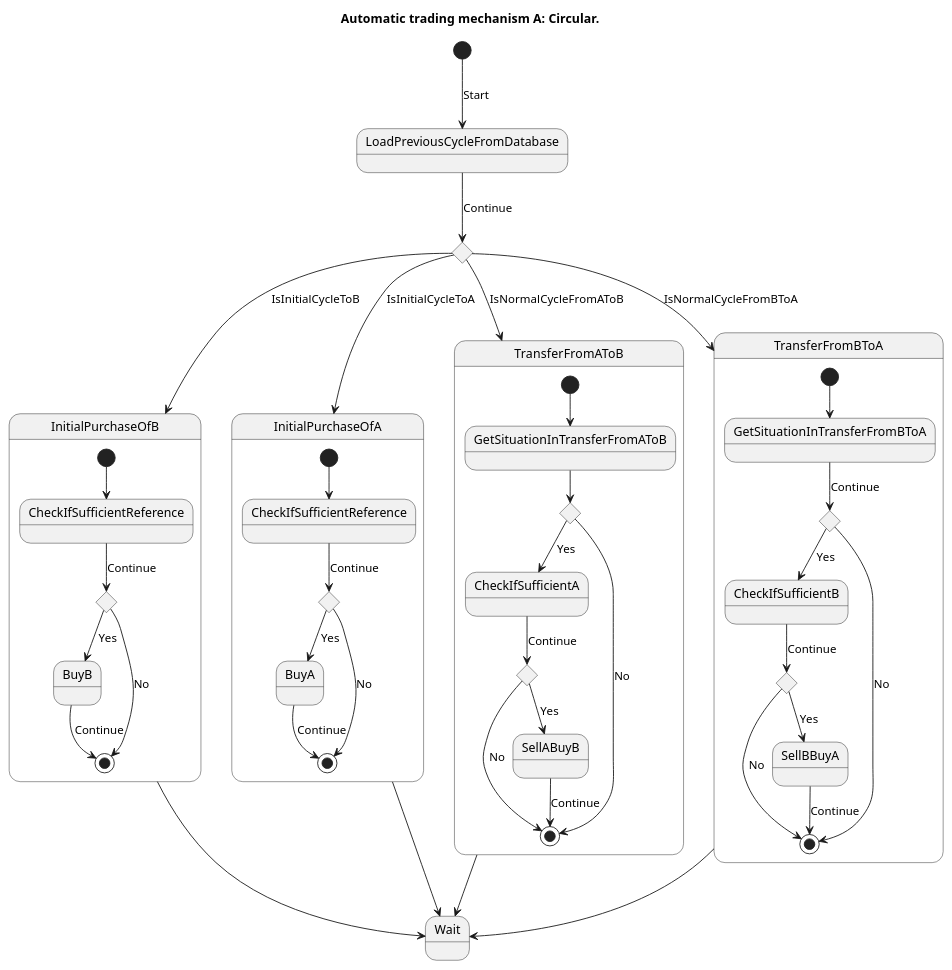
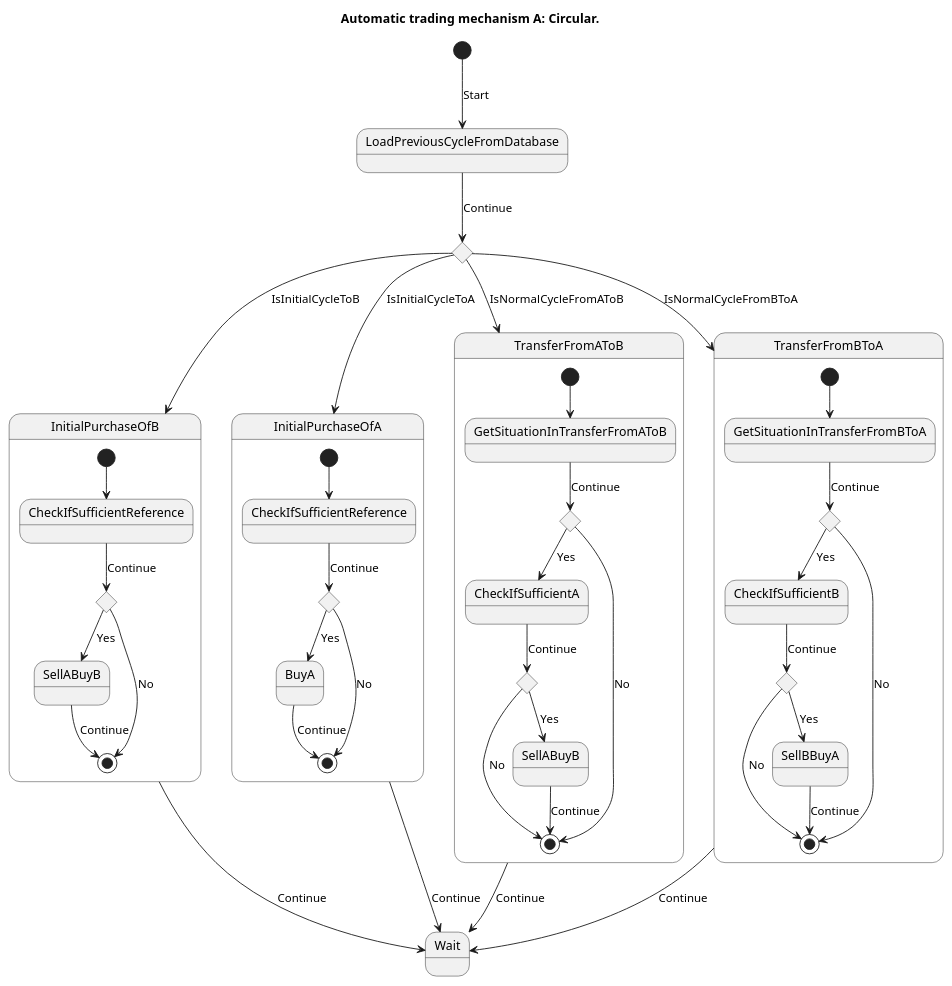
Before and after one commit to vrenken/EtAlii.CryptoMagic: the diagram in EtAlii.BinanceMagic.Service/Trading/Circular/Algorithm/CircularSequence.puml, drawn with PlantUML. The commit also changed 12 other files, not shown here.

```diff
--- a/EtAlii.BinanceMagic.Service/Trading/Circular/Algorithm/CircularSequence.puml
+++ b/EtAlii.BinanceMagic.Service/Trading/Circular/Algorithm/CircularSequence.puml
@@ -1,70 +1,71 @@
 @startuml
 'stateless namespace EtAlii.BinanceMagic.Service
 'stateless class CircularSequenceBase
 
 title Automatic trading mechanism A: Circular.
 
 state CheckWhatCycle <<choice>>
 
 state InitialPurchaseOfB {
-    state "BuyB" as BuyBInInitialCycle
+    state "SellABuyB" as SellABuyBInInitialCycle
     state "CheckIfSufficientReference" as CheckIfSufficientReferenceInInitialPurchaseOfB
     state "HasSufficientReference" as HasSufficientReferenceInInitialPurchaseOfB <<choice>>
     [*] --> CheckIfSufficientReferenceInInitialPurchaseOfB
     CheckIfSufficientReferenceInInitialPurchaseOfB --> HasSufficientReferenceInInitialPurchaseOfB : Continue
-    HasSufficientReferenceInInitialPurchaseOfB --> BuyBInInitialCycle : Yes
+    HasSufficientReferenceInInitialPurchaseOfB --> SellABuyBInInitialCycle : Yes
     HasSufficientReferenceInInitialPurchaseOfB --> [*] : No 
-    BuyBInInitialCycle --> [*] : Continue
+    SellABuyBInInitialCycle --> [*] : Continue
 }
 
 state InitialPurchaseOfA {
     state "BuyA" as BuyAInInitialCycle
     state "CheckIfSufficientReference" as CheckIfSufficientReferenceInInitialPurchaseOfA
     state "HasSufficientReference" as HasSufficientReferenceInInitialPurchaseOfA <<choice>>
     [*] --> CheckIfSufficientReferenceInInitialPurchaseOfA
     CheckIfSufficientReferenceInInitialPurchaseOfA --> HasSufficientReferenceInInitialPurchaseOfA : Continue
     HasSufficientReferenceInInitialPurchaseOfA --> BuyAInInitialCycle : Yes      
     HasSufficientReferenceInInitialPurchaseOfA --> [*] : No      
     BuyAInInitialCycle --> [*] : Continue
 }
 
+
 state TransferFromAToB {
     [*] --> GetSituationInTransferFromAToB
     state TransferFromAToBIsWorthIt <<choice>>
     state HasSufficientA <<choice>>
-    GetSituationInTransferFromAToB --> TransferFromAToBIsWorthIt 
+    GetSituationInTransferFromAToB --> TransferFromAToBIsWorthIt : Continue 
 
     TransferFromAToBIsWorthIt --> CheckIfSufficientA : Yes
     TransferFromAToBIsWorthIt --> [*] : No
     CheckIfSufficientA --> HasSufficientA : Continue
     HasSufficientA --> [*] : No
     HasSufficientA --> SellABuyB : Yes 
     SellABuyB --> [*] : Continue
 }
 state TransferFromBToA {
     [*] --> GetSituationInTransferFromBToA
     state TransferFromBToAIsWorthIt <<choice>>
     state HasSufficientB <<choice>>
     GetSituationInTransferFromBToA --> TransferFromBToAIsWorthIt : Continue
     TransferFromBToAIsWorthIt --> CheckIfSufficientB : Yes
     TransferFromBToAIsWorthIt --> [*] : No
     CheckIfSufficientB --> HasSufficientB : Continue
     HasSufficientB --> [*] : No
     HasSufficientB --> SellBBuyA : Yes 
     SellBBuyA --> [*] : Continue
 }
 
 [*] --> LoadPreviousCycleFromDatabase : Start
 LoadPreviousCycleFromDatabase --> CheckWhatCycle : Continue
 
 CheckWhatCycle --> InitialPurchaseOfA : IsInitialCycleToA
 CheckWhatCycle --> InitialPurchaseOfB : IsInitialCycleToB
 CheckWhatCycle --> TransferFromAToB : IsNormalCycleFromAToB
 CheckWhatCycle --> TransferFromBToA : IsNormalCycleFromBToA
 
-InitialPurchaseOfA --> Wait 
-InitialPurchaseOfB --> Wait 
-TransferFromAToB --> Wait 
-TransferFromBToA --> Wait 
+InitialPurchaseOfA --> Wait : Continue
+InitialPurchaseOfB --> Wait : Continue 
+TransferFromAToB --> Wait : Continue
+TransferFromBToA --> Wait : Continue 
 
 @enduml
```
